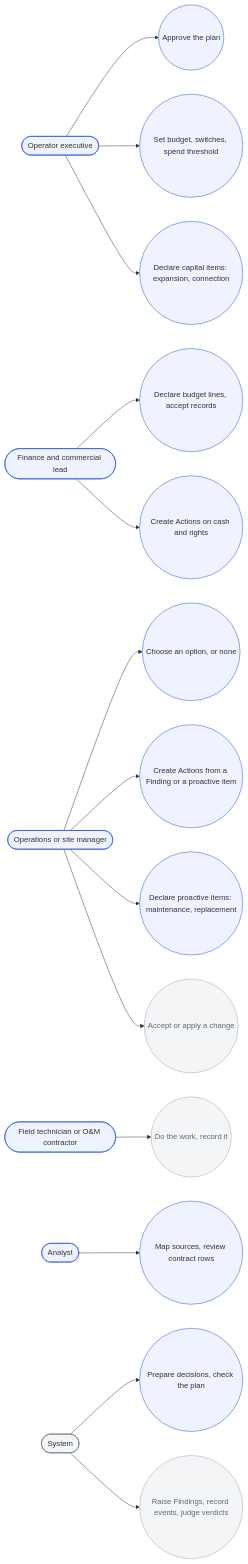
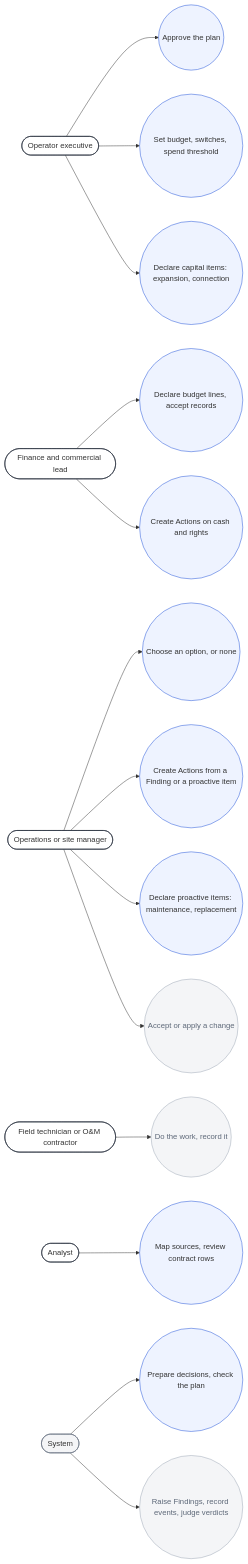
One commit to bineyame/AssetOpsV1 changed the seventh of 11 diagrams in Docs/demo-sprint/product-direction-layer4/layer4-transformation-design.md. Above: the diagram before and after it, drawn with Mermaid. The commit also changed other lines of this file and 5 other files, not shown here.

````diff
--- a/Docs/demo-sprint/product-direction-layer4/layer4-transformation-design.md
+++ b/Docs/demo-sprint/product-direction-layer4/layer4-transformation-design.md
@@ -466,26 +461,26 @@
 ```mermaid
 flowchart LR
   EX(["Operator executive"]):::actor
   FC(["Finance and commercial lead"]):::actor
   SM(["Operations or site manager"]):::actor
   FT(["Field technician or O&M contractor"]):::actor
   AO(["Analyst"]):::actor
   SYS(["System"]):::sys
   EX --> U1(("Approve the plan")):::new
   EX --> U2(("Set budget, switches, spend threshold")):::new
   SM --> U3(("Choose an option, or none")):::new
   SM --> U12(("Create Actions from a Finding or a proactive item")):::new
   SM --> U13(("Declare proactive items: maintenance, replacement")):::new
   EX --> U14(("Declare capital items: expansion, connection")):::new
   SM --> U5(("Accept or apply a change")):::keep
   FT --> U6(("Do the work, record it")):::keep
   FC --> U7(("Declare budget lines, accept records")):::new
   FC --> U8(("Create Actions on cash and rights")):::new
   AO --> U11(("Map sources, review contract rows")):::new
   SYS --> U9(("Prepare decisions, check the plan")):::new
   SYS --> U10(("Raise Findings, record events, judge verdicts")):::keep
-  classDef actor fill:#eef3ff,stroke:#1d4ed8
+  classDef actor fill:#ffffff,stroke:#18212f
   classDef sys fill:#f4f5f7,stroke:#5d6878
   classDef new fill:#eef3ff,stroke:#1d4ed8
   classDef keep fill:#f4f5f7,stroke:#9aa5b4,color:#5d6878
 ```
````
